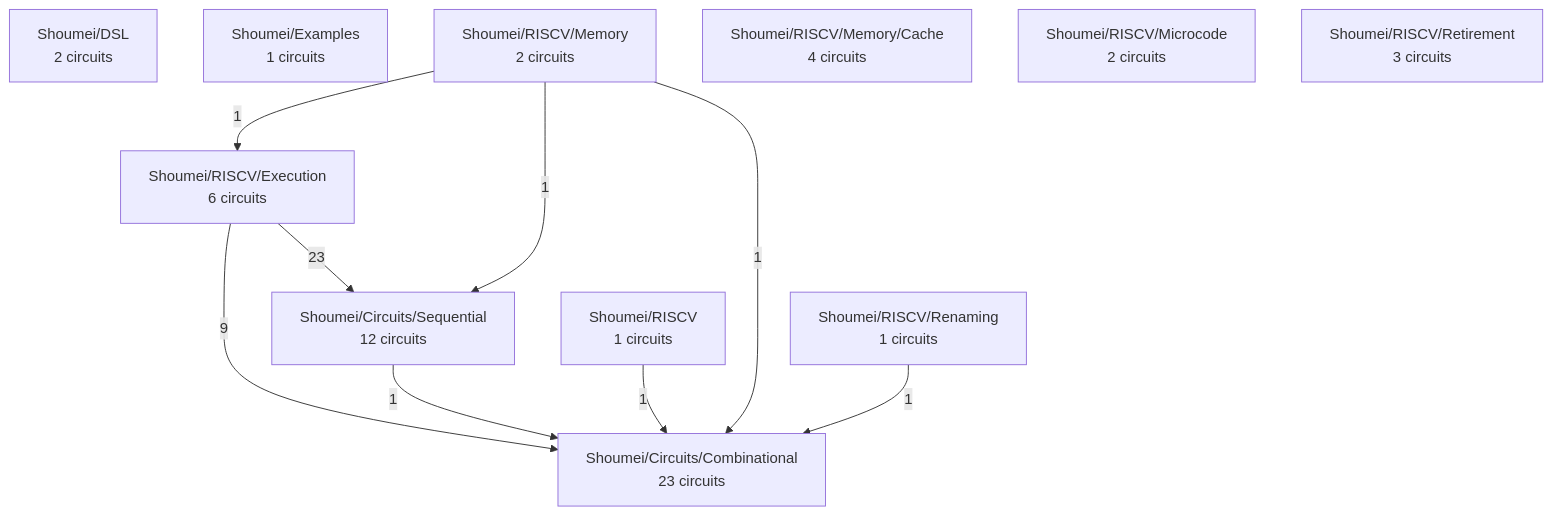
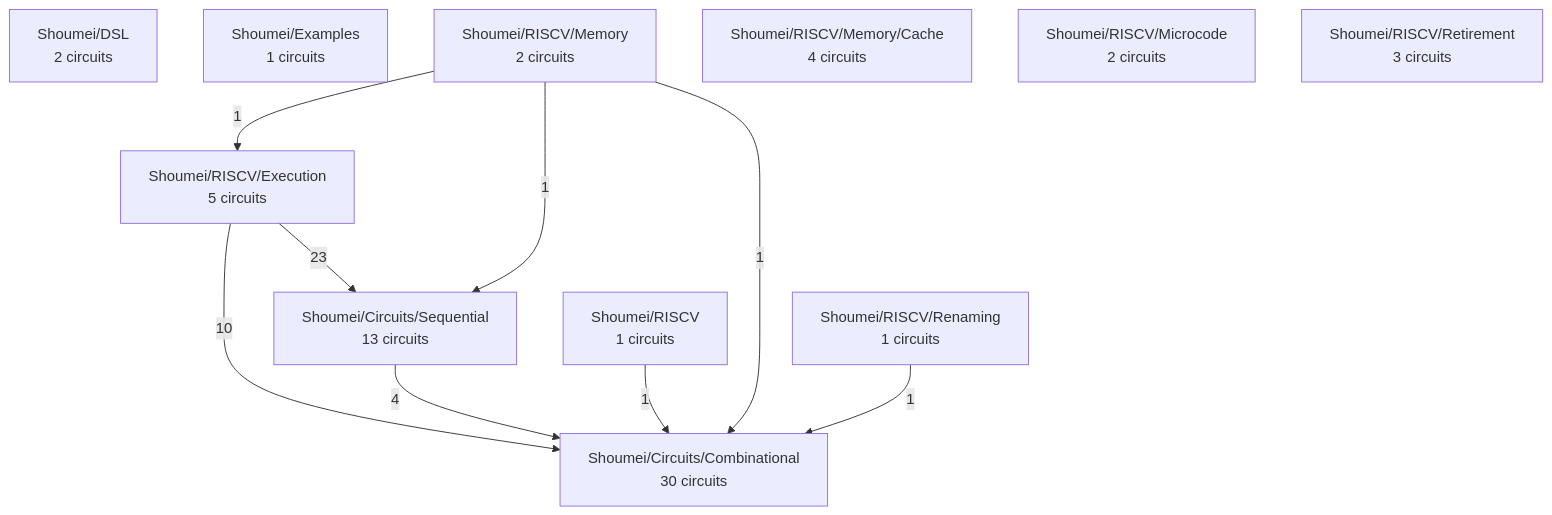
The diagram in docs/project-map.md (atvrager/Shoumei-RTL), drawn with Mermaid before and after one commit. The commit also changed other lines of this file and 84 other files, not shown here.

````diff
--- a/docs/project-map.md
+++ b/docs/project-map.md
@@ -25,22 +25,22 @@
 ```mermaid
 graph TD
-  Shoumei_Circuits_Combinational["Shoumei/Circuits/Combinational<br/>23 circuits"]
-  Shoumei_Circuits_Sequential["Shoumei/Circuits/Sequential<br/>12 circuits"]
+  Shoumei_Circuits_Combinational["Shoumei/Circuits/Combinational<br/>30 circuits"]
+  Shoumei_Circuits_Sequential["Shoumei/Circuits/Sequential<br/>13 circuits"]
   Shoumei_DSL["Shoumei/DSL<br/>2 circuits"]
   Shoumei_Examples["Shoumei/Examples<br/>1 circuits"]
   Shoumei_RISCV["Shoumei/RISCV<br/>1 circuits"]
-  Shoumei_RISCV_Execution["Shoumei/RISCV/Execution<br/>6 circuits"]
+  Shoumei_RISCV_Execution["Shoumei/RISCV/Execution<br/>5 circuits"]
   Shoumei_RISCV_Memory["Shoumei/RISCV/Memory<br/>2 circuits"]
   Shoumei_RISCV_Memory_Cache["Shoumei/RISCV/Memory/Cache<br/>4 circuits"]
   Shoumei_RISCV_Microcode["Shoumei/RISCV/Microcode<br/>2 circuits"]
   Shoumei_RISCV_Renaming["Shoumei/RISCV/Renaming<br/>1 circuits"]
   Shoumei_RISCV_Retirement["Shoumei/RISCV/Retirement<br/>3 circuits"]
   Shoumei_RISCV_Execution -->|23| Shoumei_Circuits_Sequential
-  Shoumei_RISCV_Execution -->|9| Shoumei_Circuits_Combinational
-  Shoumei_Circuits_Sequential -->|1| Shoumei_Circuits_Combinational
+  Shoumei_RISCV_Execution -->|10| Shoumei_Circuits_Combinational
+  Shoumei_Circuits_Sequential -->|4| Shoumei_Circuits_Combinational
   Shoumei_RISCV -->|1| Shoumei_Circuits_Combinational
   Shoumei_RISCV_Memory -->|1| Shoumei_Circuits_Combinational
   Shoumei_RISCV_Memory -->|1| Shoumei_Circuits_Sequential
   Shoumei_RISCV_Memory -->|1| Shoumei_RISCV_Execution
   Shoumei_RISCV_Renaming -->|1| Shoumei_Circuits_Combinational
 ```
````
